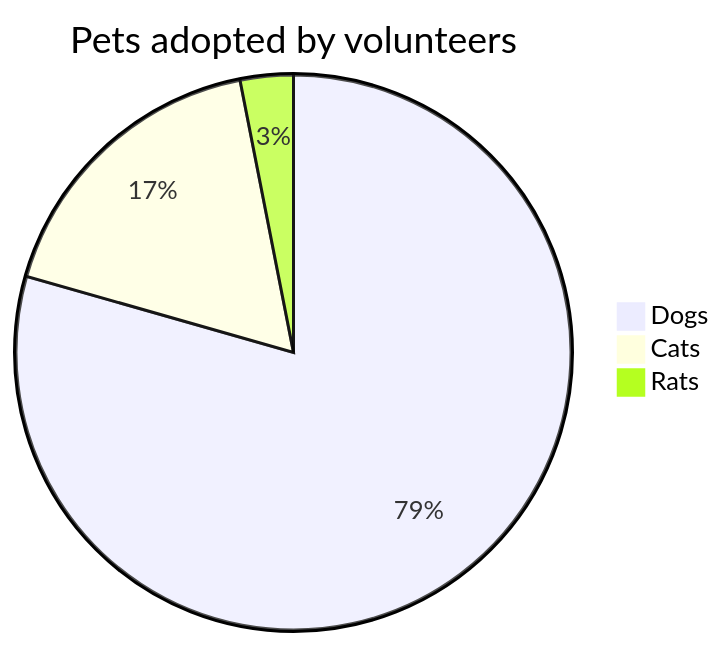
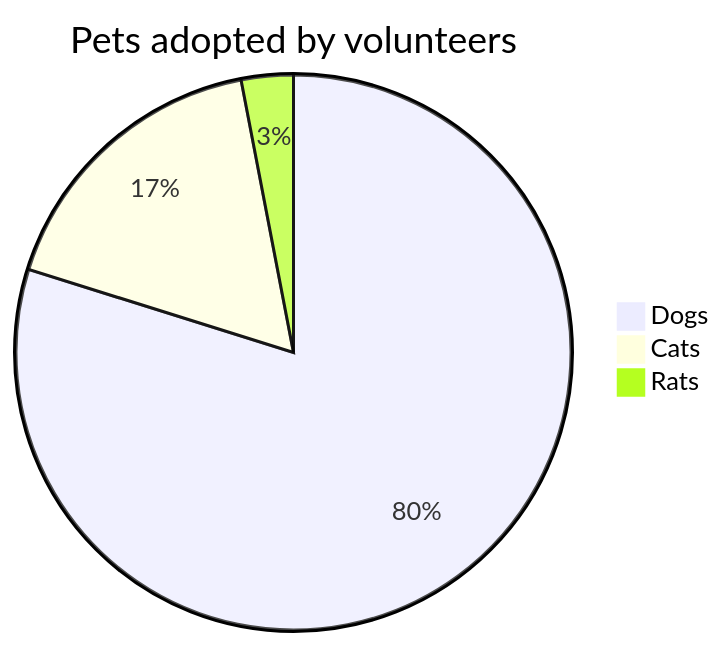
One commit to githubnext/blocks changed the diagram in Diagram.mermaid. Above: the diagram before and after it, drawn with Mermaid.

Commit message:
mermaid diagram: update data

```diff
--- a/Diagram.mermaid
+++ b/Diagram.mermaid
@@ -1,4 +1,4 @@
 pie title Pets adopted by volunteers
-    "Dogs": 386
+    "Dogs": 396
     "Cats": 85
     "Rats": 15
```
